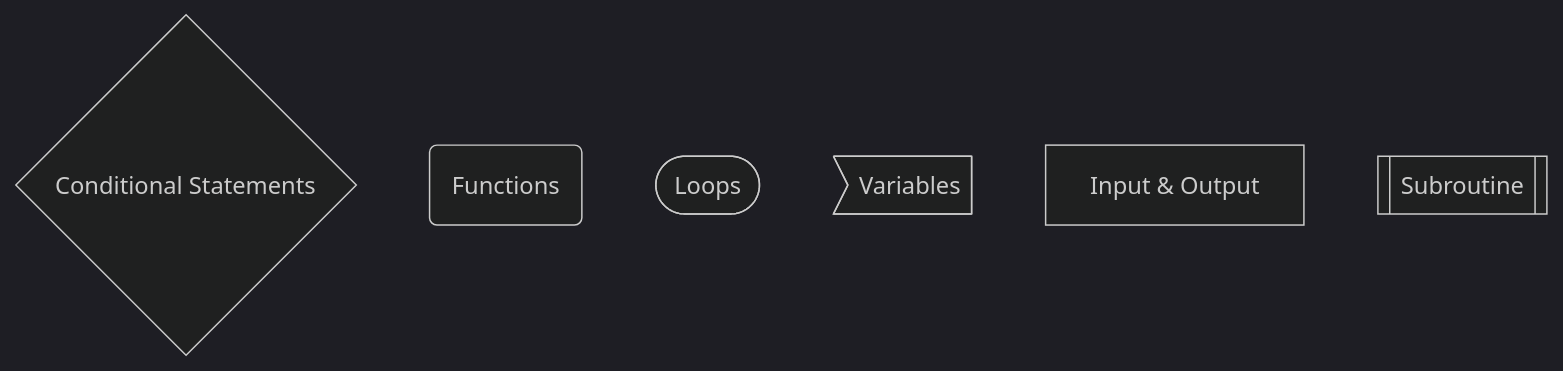
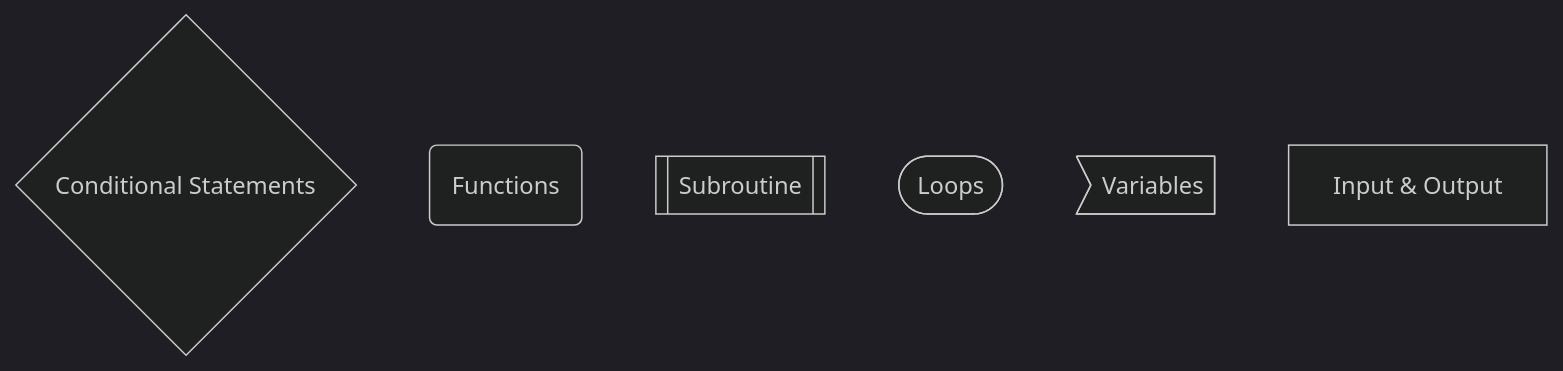
One commit to maclong9/harvard-compsci changed the diagram in README.md. Above: the diagram before and after it, drawn with Mermaid (dark theme).

````diff
--- a/README.md
+++ b/README.md
@@ -11,9 +11,9 @@
 ```mermaid
 flowchart TD
     0{"Conditional Statements"}
     1("Functions")
-    2(["Loops"])
-    3>"Variables"]
-    4["Input & Output"]
-    5[["Subroutine"]]
+    2[["Subroutine"]]
+    3(["Loops"])
+    4>"Variables"]
+    5["Input & Output"]
 ```
````
